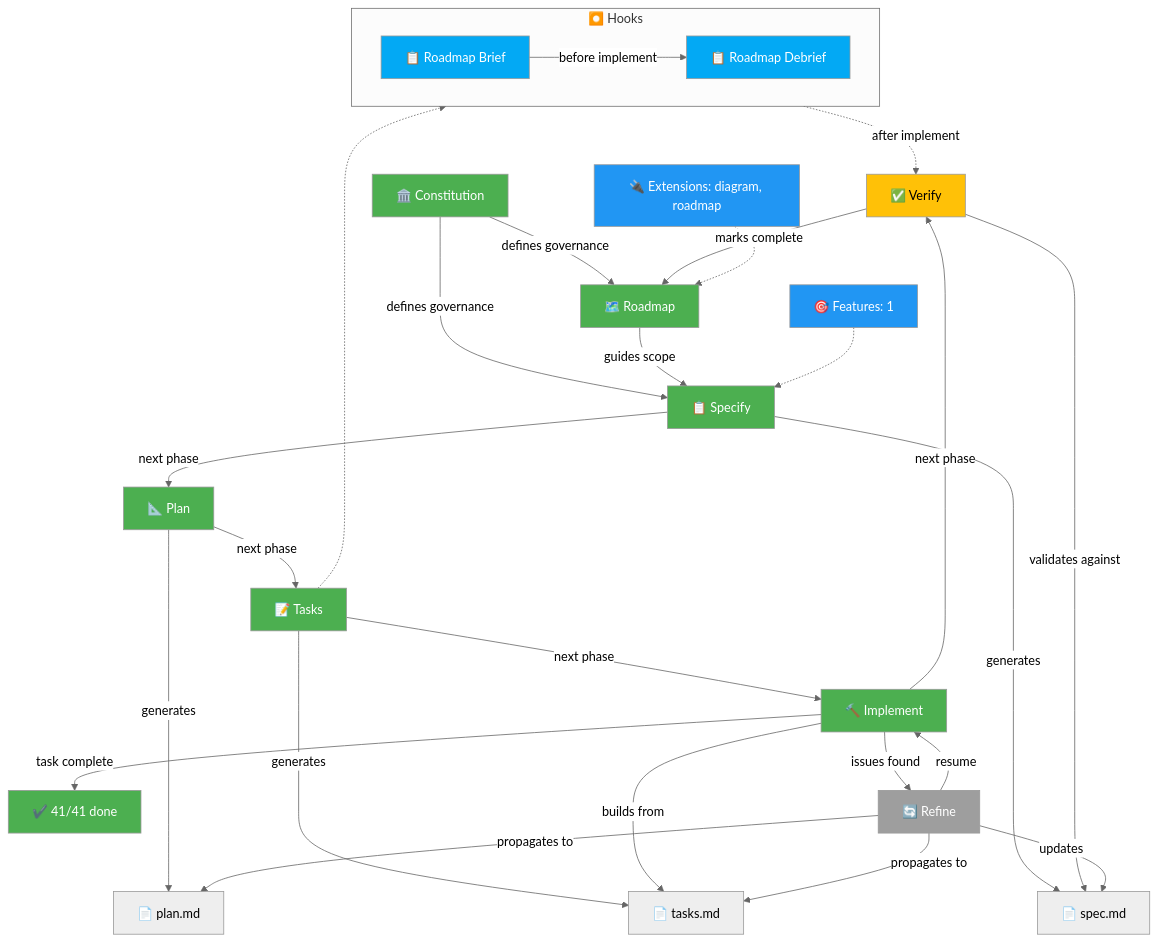
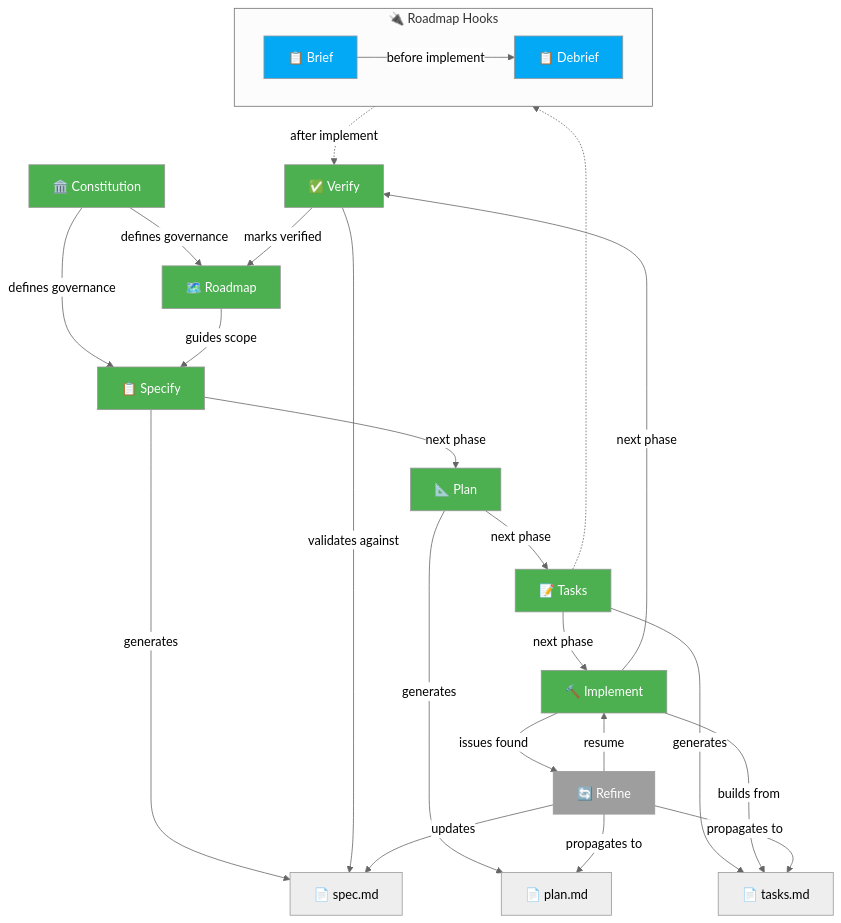
The second of 4 diagrams in README.md (CIFO-CTRD0040-Eines-IA-Prog-2026/SideProjectAIdvisor), drawn with Mermaid (neutral theme) before and after one commit. The commit also changed other lines of this file, not shown here.

First line of the commit message:
docs: update README with SDD status, workflow and roadmap mermaid

````diff
--- a/README.md
+++ b/README.md
@@ -204,48 +205,41 @@
 ```mermaid
 flowchart TD
     A["🏛️ Constitution"] -->|defines governance| R["🗺️ Roadmap"]
     A -->|defines governance| B
     R -->|guides scope| B["📋 Specify"]
     B -->|generates| B1["📄 spec.md"]
     B -->|next phase| C["📐 Plan"]
     C -->|generates| C1["📄 plan.md"]
     C -->|next phase| D["📝 Tasks"]
     D -->|generates| D1["📄 tasks.md"]
     D -->|next phase| E["🔨 Implement"]
 
-    subgraph Hooks["⏺️ Hooks"]
+    subgraph Hooks["🔌 Roadmap Hooks"]
         direction LR
-        H1["📋 Roadmap Brief"] -->|before implement| H2["📋 Roadmap Debrief"]
+        H1["📋 Brief"] -->|before implement| H2["📋 Debrief"]
     end
     D -.-> H1
     H2 -.->|after implement| F
 
     E -->|builds from| D1
-    E -->|task complete| E1["✔️ 41/41 done"]
     E -->|next phase| F["✅ Verify"]
     F -->|validates against| B1
-    F -->|marks complete| R
+    F -->|marks verified| R
 
     E -->|issues found| G["🔄 Refine"]
     G -->|updates| B1
     G -->|propagates to| C1
     G -->|propagates to| D1
     G -->|resume| E
 
-    H["🎯 Features: 1"] -.-> B
-    I["🔌 Extensions: diagram, roadmap"] -.-> R
-
     style A fill:#4CAF50,color:#fff
     style R fill:#4CAF50,color:#fff
     style B fill:#4CAF50,color:#fff
     style C fill:#4CAF50,color:#fff
     style D fill:#4CAF50,color:#fff
     style E fill:#4CAF50,color:#fff
-    style E1 fill:#4CAF50,color:#fff
-    style F fill:#FFC107,color:#000
+    style F fill:#4CAF50,color:#fff
     style G fill:#9E9E9E,color:#fff
-    style H fill:#2196F3,color:#fff
-    style I fill:#2196F3,color:#fff
     style H1 fill:#03A9F4,color:#fff
     style H2 fill:#03A9F4,color:#fff
 ```
````
